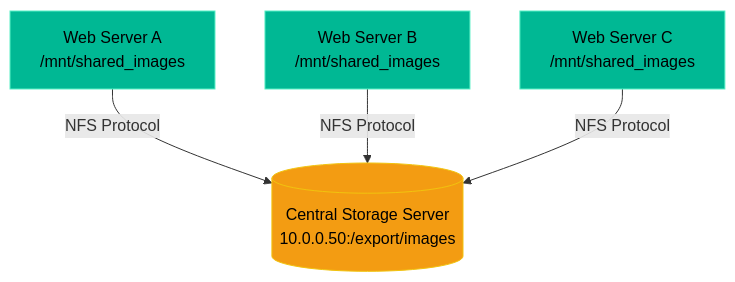
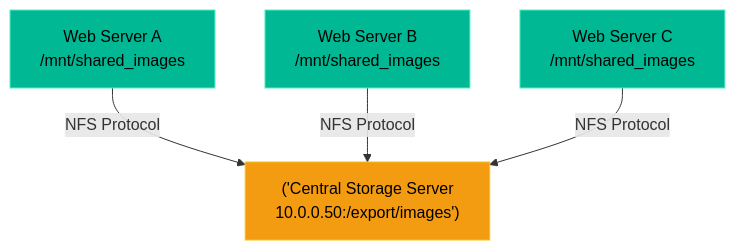
Before and after one commit to laxya911/linux-support-engineer-master-handbook: the diagram in volumes/volume-02-linux-administration/chapters/V2-C06-network-attached-storage.md, drawn with Mermaid. The commit also changed 101 other files, not shown here.

Commit message:
Fix mermaid syntax across all chapters

````diff
--- a/volumes/volume-02-linux-administration/chapters/V2-C06-network-attached-storage.md
+++ b/volumes/volume-02-linux-administration/chapters/V2-C06-network-attached-storage.md
@@ -41,11 +41,11 @@
 ```mermaid
 flowchart TD
-    A[Web Server A \n /mnt/shared_images] -->|NFS Protocol| D[(Central Storage Server \n 10.0.0.50:/export/images)]
-    B[Web Server B \n /mnt/shared_images] -->|NFS Protocol| D
-    C[Web Server C \n /mnt/shared_images] -->|NFS Protocol| D
+    A["Web Server A \n /mnt/shared_images"] -->|"NFS Protocol"| D["('Central Storage Server \n 10.0.0.50:/export/images')"]
+    B["Web Server B \n /mnt/shared_images"] -->|"NFS Protocol"| D
+    C["Web Server C \n /mnt/shared_images"] -->|"NFS Protocol"| D
     
     style A fill:#00b894,stroke:#55efc4,color:#000
     style B fill:#00b894,stroke:#55efc4,color:#000
     style C fill:#00b894,stroke:#55efc4,color:#000
     style D fill:#f39c12,stroke:#f1c40f,color:#000
 ```
````
